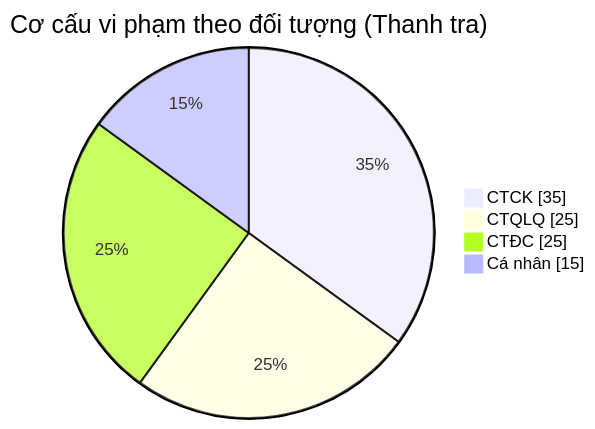
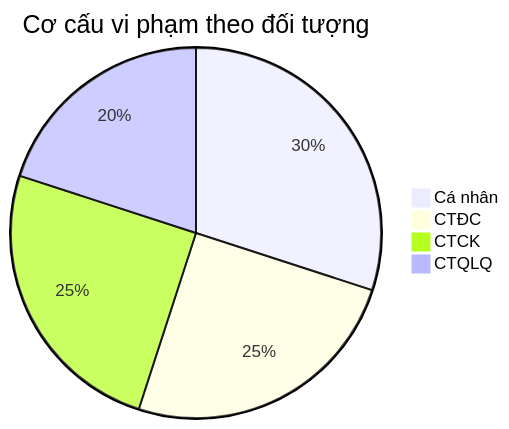
The ninth of 25 diagrams in Gold/hld/GOLD_TT_HLD.md (linhlvit/ubck_atomic_design), drawn with Mermaid before and after one commit. The commit also changed other lines of this file and 7 other files, not shown here.

````diff
--- a/Gold/hld/GOLD_TT_HLD.md
+++ b/Gold/hld/GOLD_TT_HLD.md
@@ -186,8 +362,7 @@
 ```mermaid
-pie showData
-    title Cơ cấu vi phạm theo đối tượng (Thanh tra)
-    "CTCK" : 35
-    "CTQLQ" : 25
+pie title Cơ cấu vi phạm theo đối tượng
+    "Cá nhân" : 30
     "CTĐC" : 25
-    "Cá nhân" : 15
+    "CTCK" : 25
+    "CTQLQ" : 20
 ```
````
